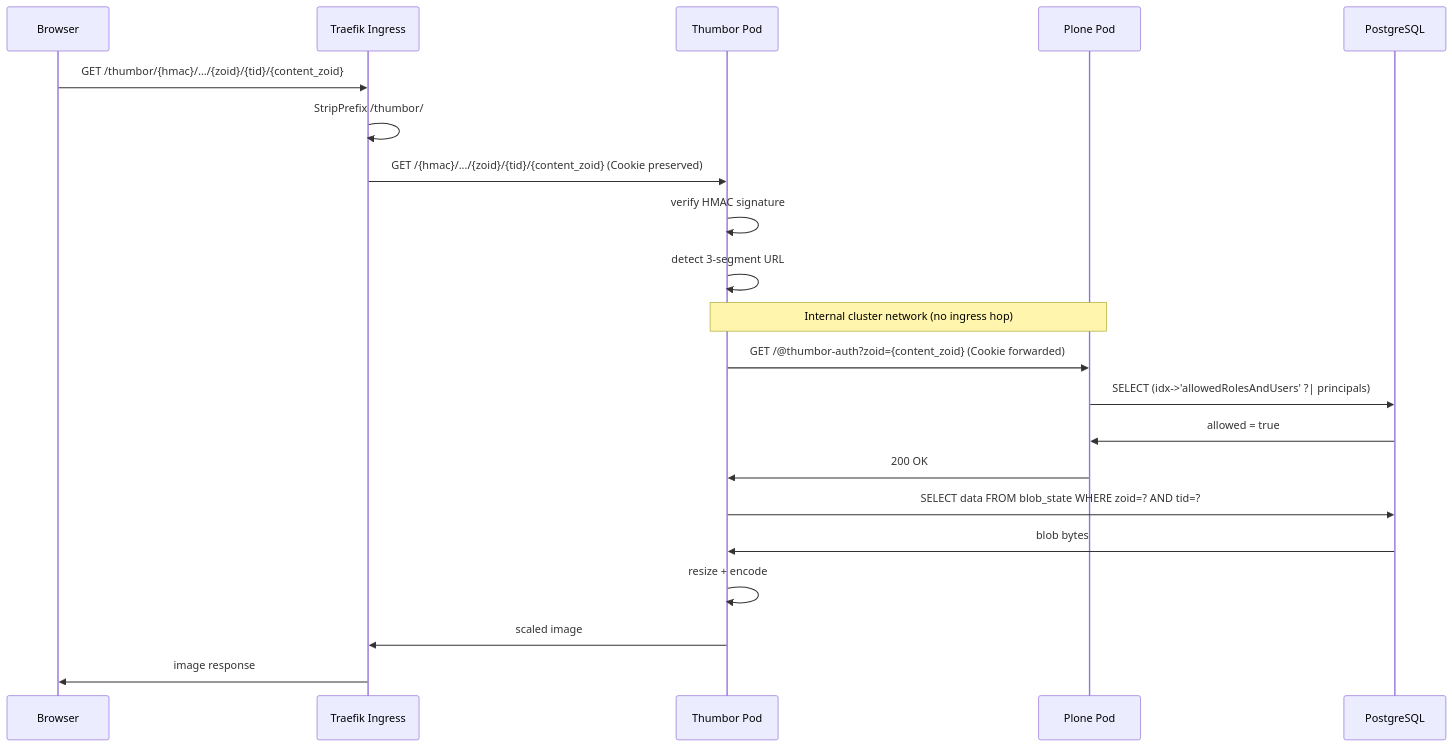
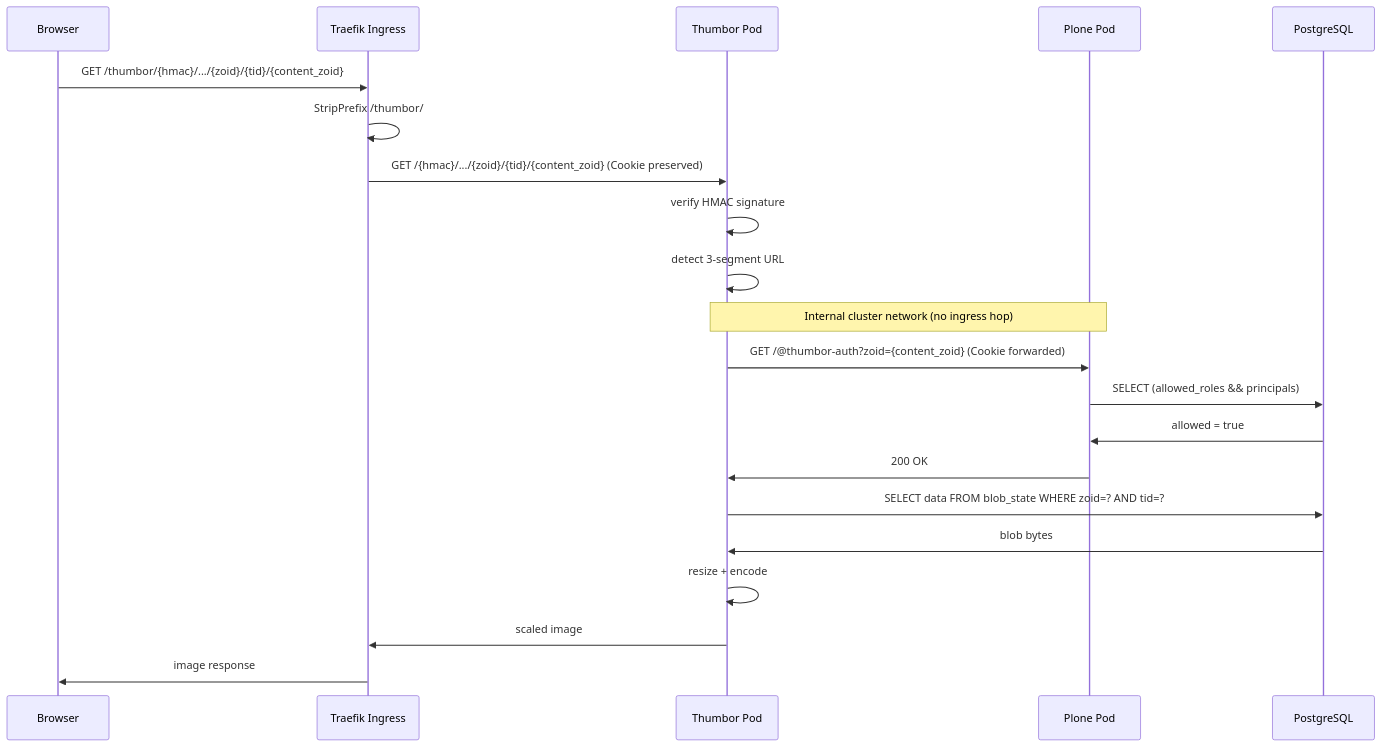
The second of 2 diagrams in docs/sources/explanation/cloud-native.md (bluedynamics/plone-pgthumbor), drawn with Mermaid before and after one commit. The commit also changed 6 other files, not shown here.

First line of the commit message:
fix: query allowed_roles column instead of idx JSONB for auth checks

````diff
--- a/docs/sources/explanation/cloud-native.md
+++ b/docs/sources/explanation/cloud-native.md
@@ -252,27 +252,27 @@
 ```{mermaid}
 sequenceDiagram
     participant B as Browser
     participant T as Traefik Ingress
     participant Th as Thumbor Pod
     participant P as Plone Pod
     participant PG as PostgreSQL
 
     B->>T: GET /thumbor/{hmac}/.../{zoid}/{tid}/{content_zoid}
     T->>T: StripPrefix /thumbor/
     T->>Th: GET /{hmac}/.../{zoid}/{tid}/{content_zoid} (Cookie preserved)
 
     Th->>Th: verify HMAC signature
     Th->>Th: detect 3-segment URL
 
     Note over Th,P: Internal cluster network (no ingress hop)
     Th->>P: GET /@thumbor-auth?zoid={content_zoid} (Cookie forwarded)
-    P->>PG: SELECT (idx->'allowedRolesAndUsers' ?| principals)
+    P->>PG: SELECT (allowed_roles && principals)
     PG->>P: allowed = true
     P->>Th: 200 OK
 
     Th->>PG: SELECT data FROM blob_state WHERE zoid=? AND tid=?
     PG->>Th: blob bytes
     Th->>Th: resize + encode
     Th->>T: scaled image
     T->>B: image response
 ```
````
